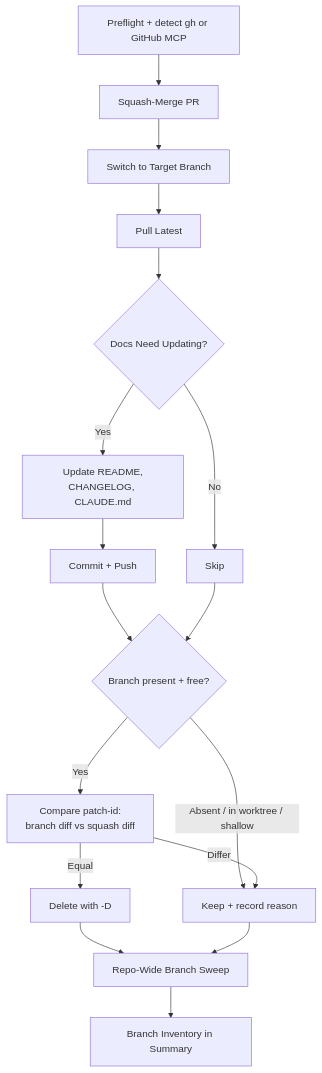
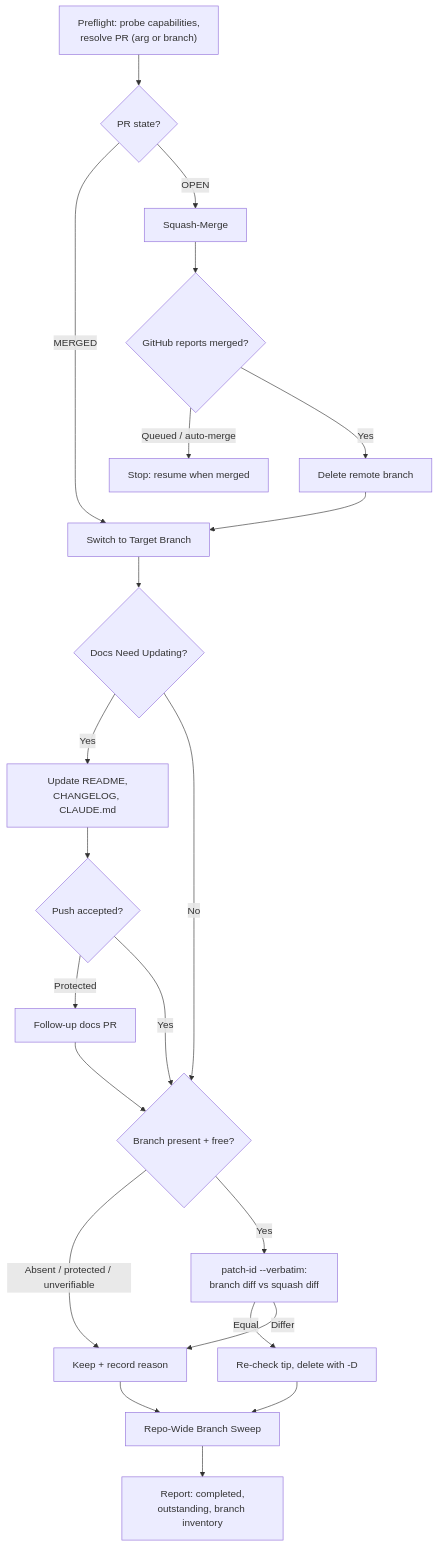
Before and after one commit to anbuneel/agentic-engineering: the fourth of 8 diagrams in docs/SKILLS_GUIDE.md, drawn with Mermaid. The commit also changed other lines of this file and 3 other files, not shown here.

````diff
--- a/docs/SKILLS_GUIDE.md
+++ b/docs/SKILLS_GUIDE.md
@@ -142,19 +142,24 @@
 ```mermaid
 graph TD
-    A["Preflight + detect gh or GitHub MCP"] --> B[Squash-Merge PR]
-    B --> C[Switch to Target Branch]
-    C --> D[Pull Latest]
-    D --> E{Docs Need Updating?}
+    A["Preflight: probe capabilities,\nresolve PR (arg or branch)"] --> B{PR state?}
+    B -- MERGED --> C[Switch to Target Branch]
+    B -- OPEN --> M[Squash-Merge]
+    M --> N{GitHub reports merged?}
+    N -- "Queued / auto-merge" --> Z[Stop: resume when merged]
+    N -- Yes --> D[Delete remote branch]
+    D --> C
+    C --> E{Docs Need Updating?}
     E -- Yes --> F["Update README,\nCHANGELOG, CLAUDE.md"]
-    F --> G[Commit + Push]
-    E -- No --> H[Skip]
-    G --> I{Branch present + free?}
+    F --> G{Push accepted?}
+    G -- Protected --> H[Follow-up docs PR]
+    G -- Yes --> I{Branch present + free?}
+    E -- No --> I
     H --> I
-    I -- "Absent / in worktree / shallow" --> K[Keep + record reason]
-    I -- Yes --> J["Compare patch-id:\nbranch diff vs squash diff"]
-    J -- Equal --> L["Delete with -D"]
+    I -- "Absent / protected / unverifiable" --> K[Keep + record reason]
+    I -- Yes --> J["patch-id --verbatim:\nbranch diff vs squash diff"]
+    J -- Equal --> L["Re-check tip, delete with -D"]
     J -- Differ --> K
-    L --> M[Repo-Wide Branch Sweep]
-    K --> M
-    M --> N[Branch Inventory in Summary]
+    L --> O[Repo-Wide Branch Sweep]
+    K --> O
+    O --> P["Report: completed,\noutstanding, branch inventory"]
 ```
````
